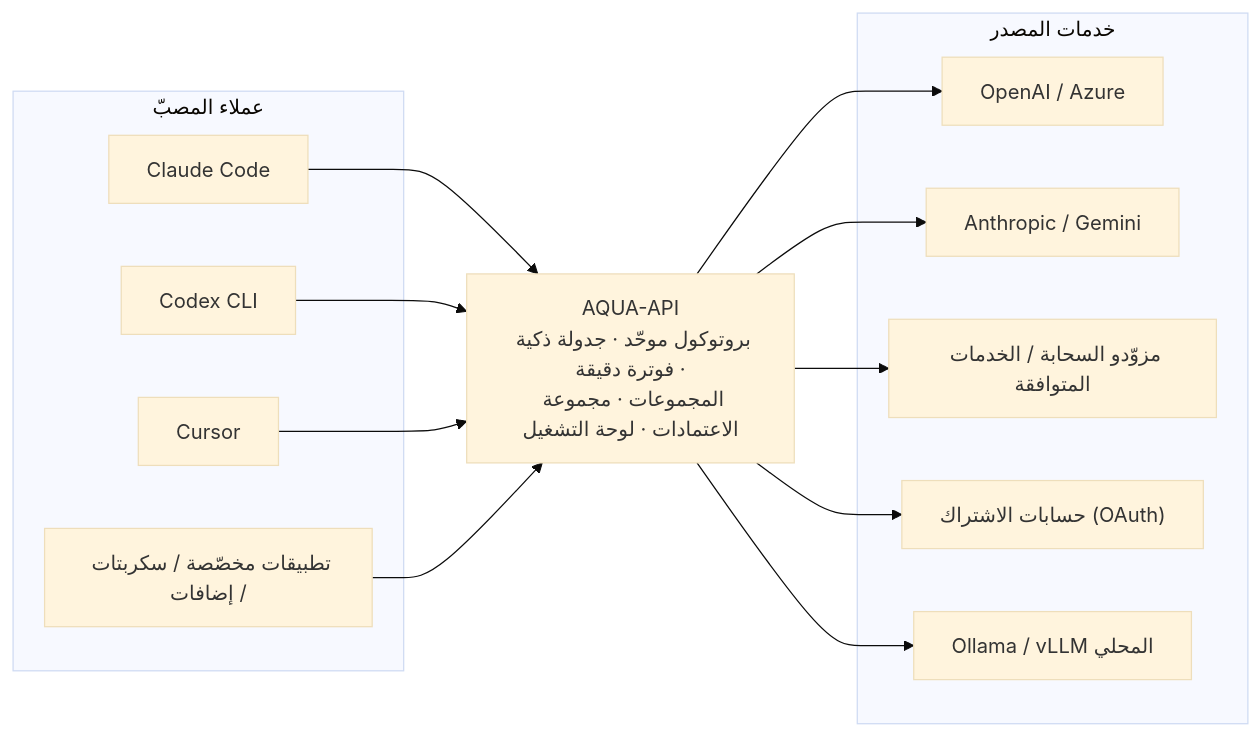
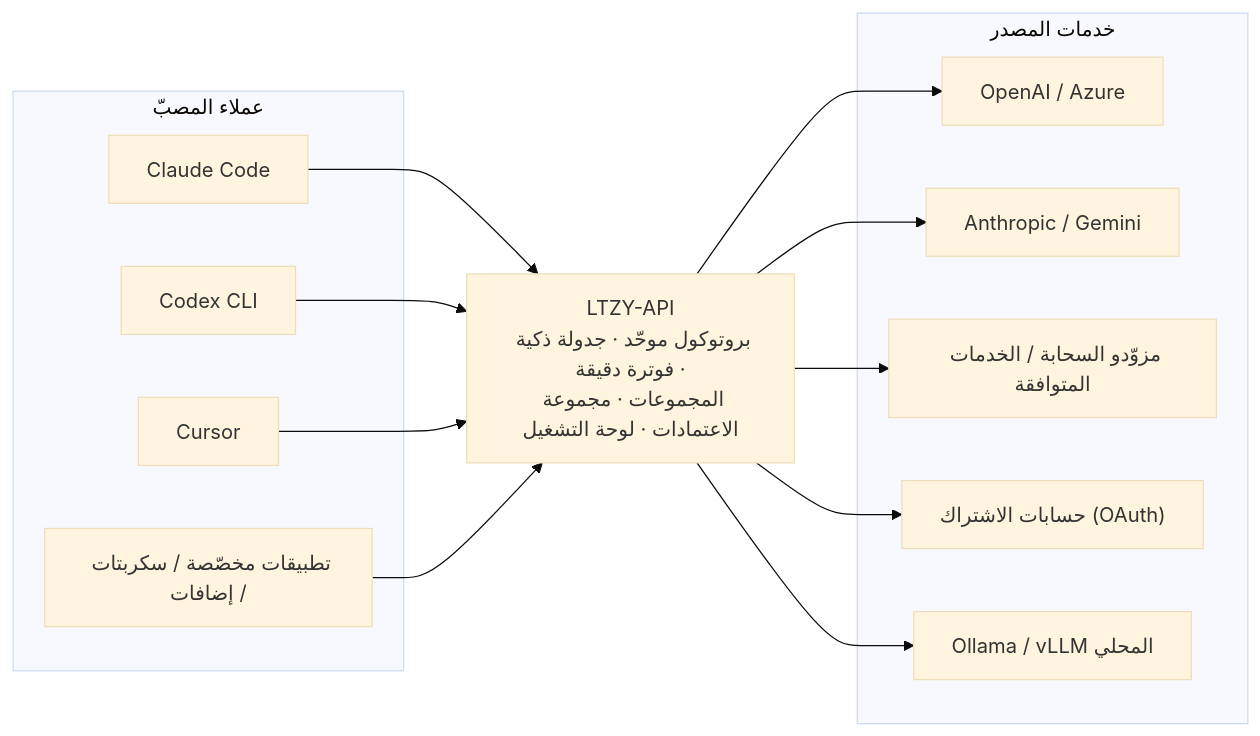
One commit to LTZY-ACU/AQUA-API changed the first of 5 diagrams in README.ar.md. Above: the diagram before and after it, drawn with Mermaid (base theme). The commit also changed other lines of this file and 312 other files, not shown here.

First line of the commit message:
合并上游 LTZY-API：品牌更名 + 他人 60 条提交

````diff
--- a/README.ar.md
+++ b/README.ar.md
@@ -111,29 +115,29 @@
 ```mermaid
 flowchart LR
     subgraph C["عملاء المصبّ"]
         C1["Claude Code"]
         C2["Codex CLI"]
         C3["Cursor"]
         C4["تطبيقات مخصّصة / سكربتات / إضافات"]
     end
 
-    AQUA["AQUA-API<br/>بروتوكول موحّد · جدولة ذكية · فوترة دقيقة<br/>المجموعات · مجموعة الاعتمادات · لوحة التشغيل"]
+    LTZY["LTZY-API<br/>بروتوكول موحّد · جدولة ذكية · فوترة دقيقة<br/>المجموعات · مجموعة الاعتمادات · لوحة التشغيل"]
 
     subgraph U["خدمات المصدر"]
         U1["OpenAI / Azure"]
         U2["Anthropic / Gemini"]
         U3["مزوّدو السحابة / الخدمات المتوافقة"]
         U4["حسابات الاشتراك (OAuth)"]
         U5["Ollama / vLLM المحلي"]
     end
 
-    C1 --> AQUA
-    C2 --> AQUA
-    C3 --> AQUA
-    C4 --> AQUA
-    AQUA --> U1
-    AQUA --> U2
-    AQUA --> U3
-    AQUA --> U4
-    AQUA --> U5
+    C1 --> LTZY
+    C2 --> LTZY
+    C3 --> LTZY
+    C4 --> LTZY
+    LTZY --> U1
+    LTZY --> U2
+    LTZY --> U3
+    LTZY --> U4
+    LTZY --> U5
 ```
````
